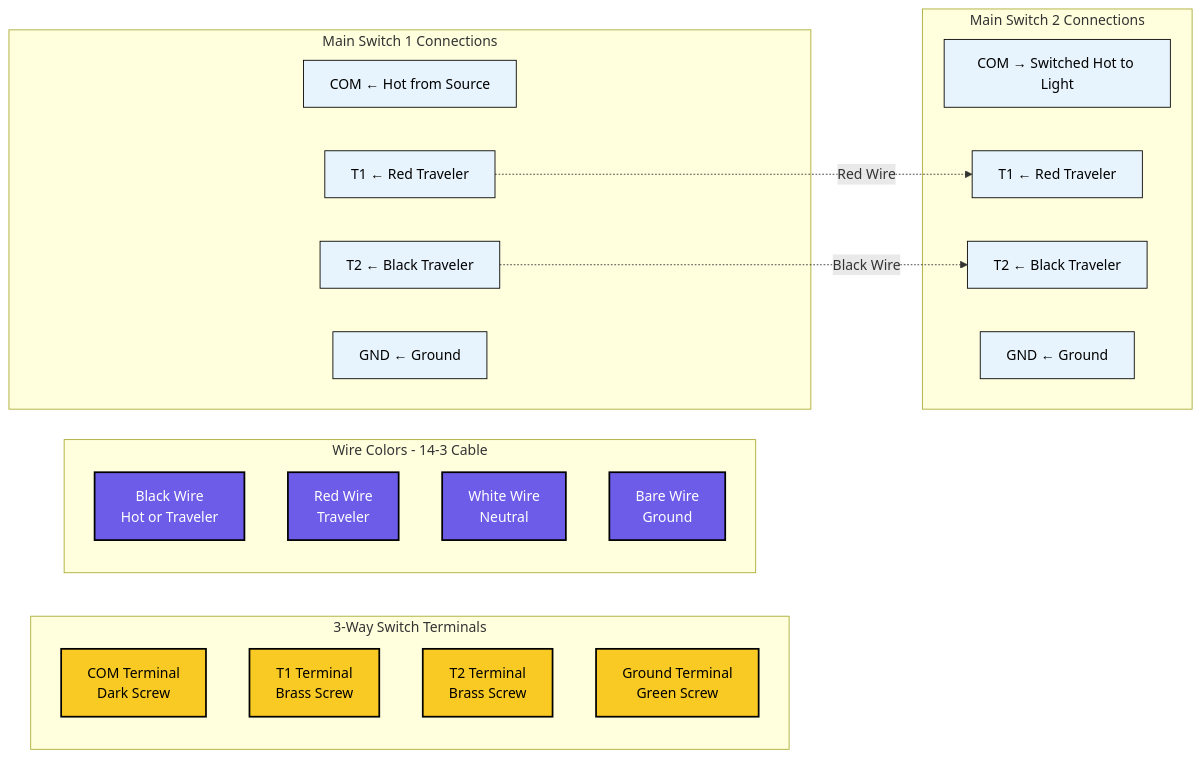
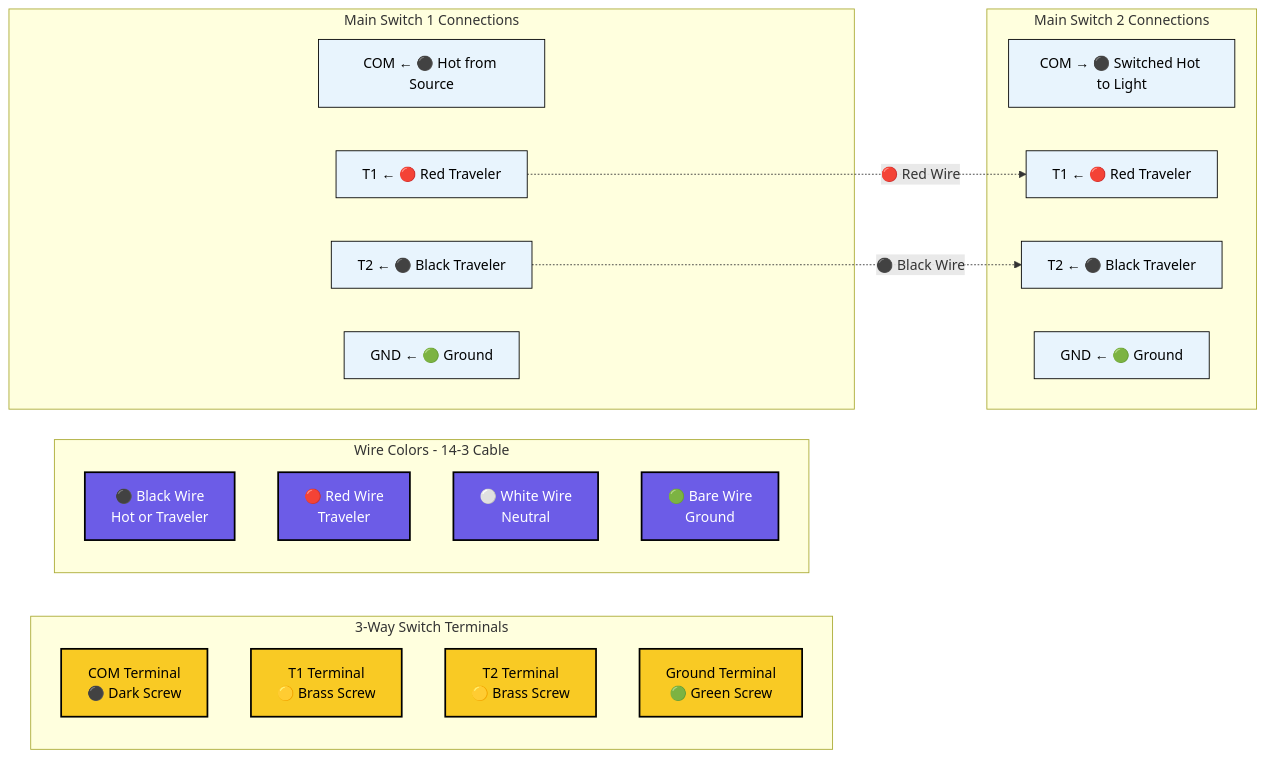
One commit to ticklemycode/electrical-wiring changed the fourth of 8 diagrams in diagrams/mermaid-wiring-diagram.md. Above: the diagram before and after it, drawn with Mermaid. The commit also changed other lines of this file, not shown here.

````diff
--- a/diagrams/mermaid-wiring-diagram.md
+++ b/diagrams/mermaid-wiring-diagram.md
@@ -180,43 +189,43 @@
 ```mermaid
 flowchart LR
     subgraph "3-Way Switch Terminals"
         direction TB
-        COM[COM Terminal<br/>Dark Screw]
-        T1[T1 Terminal<br/>Brass Screw]
-        T2[T2 Terminal<br/>Brass Screw]
-        GND[Ground Terminal<br/>Green Screw]
+        COM[COM Terminal<br/>⚫ Dark Screw]
+        T1[T1 Terminal<br/>🟡 Brass Screw]
+        T2[T2 Terminal<br/>🟡 Brass Screw]
+        GND[Ground Terminal<br/>🟢 Green Screw]
     end
     
     subgraph "Wire Colors - 14-3 Cable"
-        BLACK[Black Wire<br/>Hot or Traveler]
-        RED[Red Wire<br/>Traveler]
-        WHITE[White Wire<br/>Neutral]
-        BARE[Bare Wire<br/>Ground]
+        BLACK[⚫ Black Wire<br/>Hot or Traveler]
+        RED[🔴 Red Wire<br/>Traveler]
+        WHITE[⚪ White Wire<br/>Neutral]
+        BARE[🟢 Bare Wire<br/>Ground]
     end
     
     subgraph "Main Switch 1 Connections"
-        MS1_COM[COM ← Hot from Source]
-        MS1_T1[T1 ← Red Traveler]
-        MS1_T2[T2 ← Black Traveler]
-        MS1_GND[GND ← Ground]
+        MS1_COM[COM ← ⚫ Hot from Source]
+        MS1_T1[T1 ← 🔴 Red Traveler]
+        MS1_T2[T2 ← ⚫ Black Traveler]
+        MS1_GND[GND ← 🟢 Ground]
     end
     
     subgraph "Main Switch 2 Connections"
-        MS2_COM[COM → Switched Hot to Light]
-        MS2_T1[T1 ← Red Traveler]
-        MS2_T2[T2 ← Black Traveler]
-        MS2_GND[GND ← Ground]
+        MS2_COM[COM → ⚫ Switched Hot to Light]
+        MS2_T1[T1 ← 🔴 Red Traveler]
+        MS2_T2[T2 ← ⚫ Black Traveler]
+        MS2_GND[GND ← 🟢 Ground]
     end
     
     %% Traveler Connections
-    MS1_T1 -.->|Red Wire| MS2_T1
-    MS1_T2 -.->|Black Wire| MS2_T2
+    MS1_T1 -.->|🔴 Red Wire| MS2_T1
+    MS1_T2 -.->|⚫ Black Wire| MS2_T2
     
     classDef terminalStyle fill:#f9ca24,stroke:#000,stroke-width:2px,color:#000
     classDef wireStyle fill:#6c5ce7,stroke:#000,stroke-width:2px,color:#fff
     classDef connectionStyle fill:#e8f4fd,stroke:#000,stroke-width:1px,color:#000
     
     class COM,T1,T2,GND terminalStyle
     class BLACK,RED,WHITE,BARE wireStyle
     class MS1_COM,MS1_T1,MS1_T2,MS1_GND,MS2_COM,MS2_T1,MS2_T2,MS2_GND connectionStyle
 ```
````
